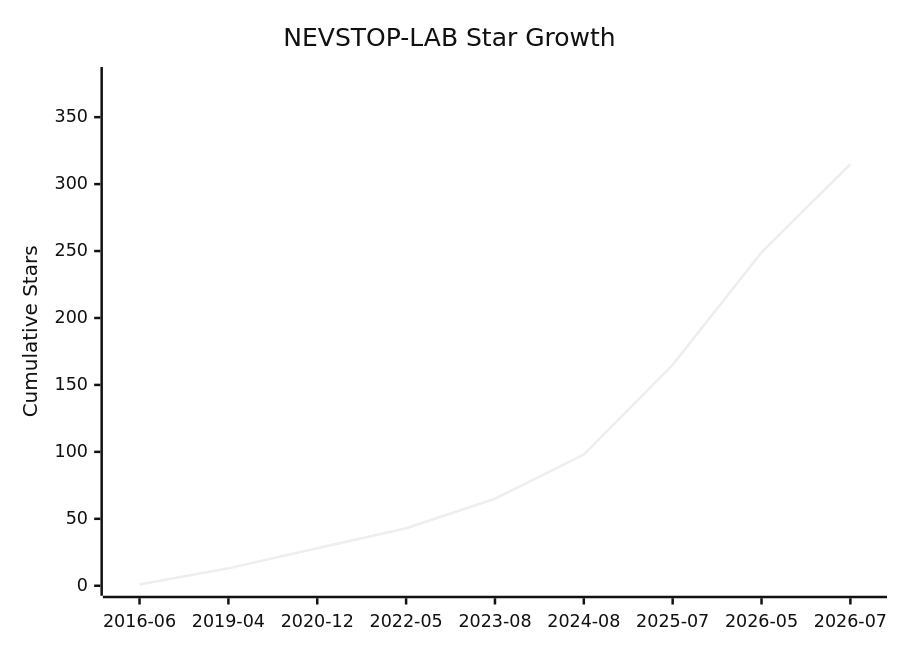
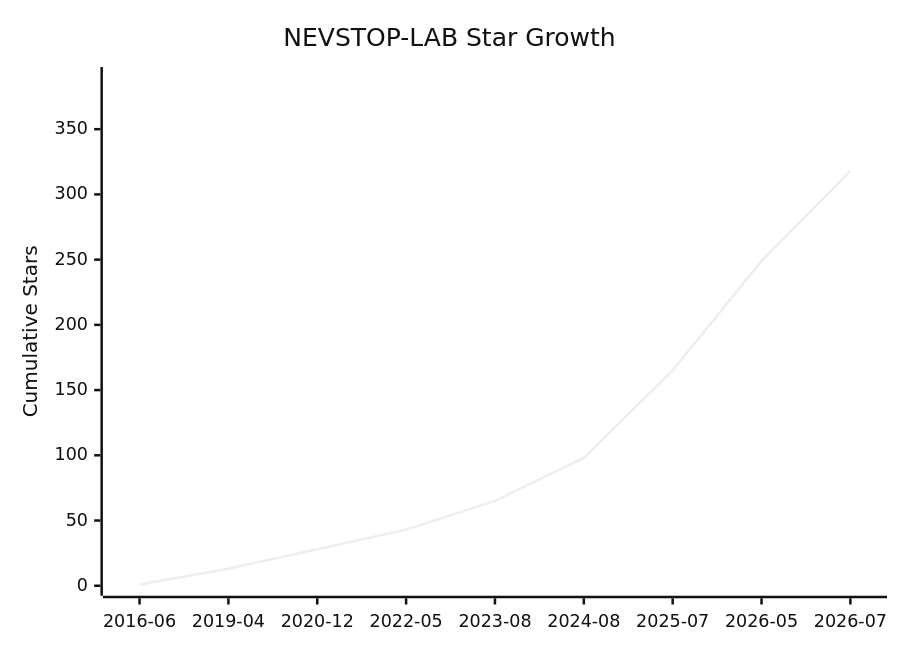
The diagram in Star-History.md (NEVSTOP-LAB/.github), drawn with Mermaid (neutral theme) before and after one commit. The commit also changed other lines of this file and 2 other files, not shown here.

````diff
--- a/Star-History.md
+++ b/Star-History.md
@@ -8,7 +8,7 @@
 ```mermaid
 xychart-beta
     title "NEVSTOP-LAB Star Growth"
     x-axis ["2016-06", "2019-04", "2020-12", "2022-05", "2023-08", "2024-08", "2025-07", "2026-05", "2026-07"]
-    y-axis "Cumulative Stars" 0 --> 380
-    line [1, 13, 28, 43, 65, 98, 165, 249, 315]
+    y-axis "Cumulative Stars" 0 --> 390
+    line [1, 13, 28, 43, 65, 98, 165, 249, 318]
 ```
````
